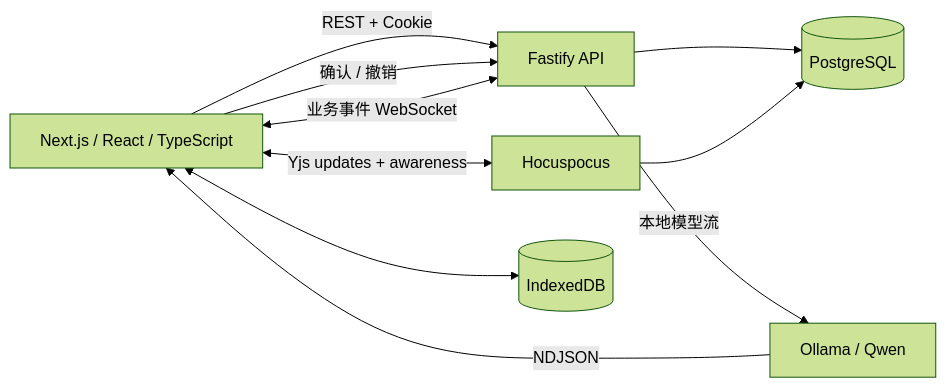
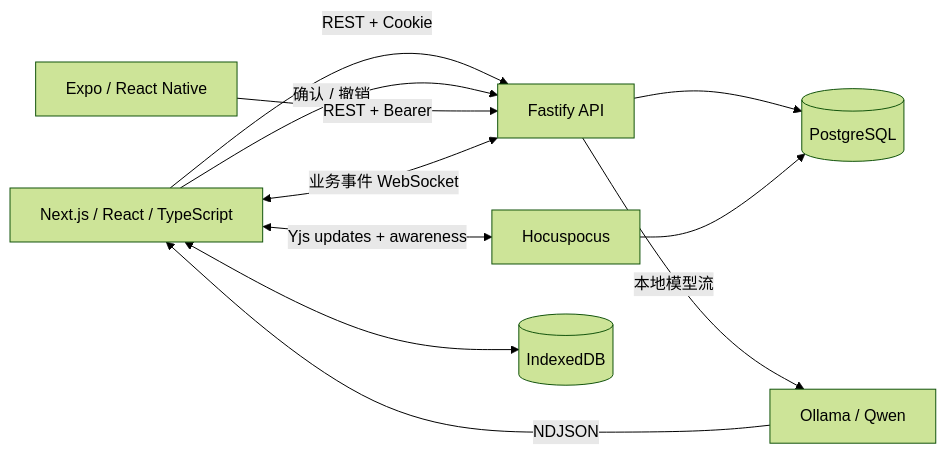
One commit to thunderxu7-sketch/cospace changed the first of 2 diagrams in docs/ARCHITECTURE.md. Above: the diagram before and after it, drawn with Mermaid (forest theme). The commit also changed other lines of this file and 51 other files, not shown here.

Commit message:
feat: add CoSpace React Native app

````diff
--- a/docs/ARCHITECTURE.md
+++ b/docs/ARCHITECTURE.md
@@ -7,12 +7,13 @@
 ```mermaid
 flowchart LR
   UI[Next.js / React / TypeScript] -->|REST + Cookie| API[Fastify API]
   API --> PG[(PostgreSQL)]
   API <-->|业务事件 WebSocket| UI
   UI <-->|Yjs updates + awareness| COL[Hocuspocus]
   COL --> PG
   UI <--> IDB[(IndexedDB)]
   API -->|本地模型流| LLM[Ollama / Qwen]
   LLM -->|NDJSON| UI
   UI -->|确认 / 撤销| API
+  RN[Expo / React Native] -->|REST + Bearer| API
 ```
````
